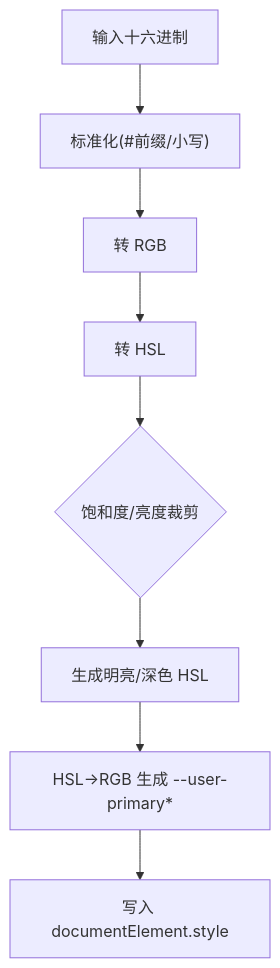
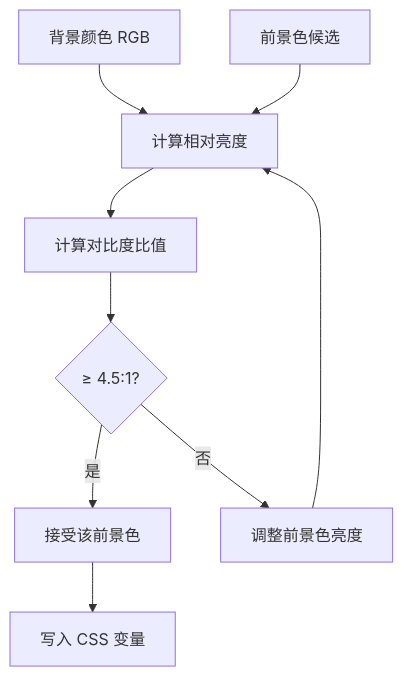
The fourth of 6 diagrams in .qoder/repowiki/zh/content/前端开发/UI组件库/主题系统.md (xixixiaoyu/Todo), drawn with Mermaid before and after one commit. The commit also changed other lines of this file and 3 other files, not shown here.

````diff
--- a/.qoder/repowiki/zh/content/前端开发/UI组件库/主题系统.md
+++ b/.qoder/repowiki/zh/content/前端开发/UI组件库/主题系统.md
@@ -159,10 +180,11 @@
 ```mermaid
 flowchart TD
-A["输入十六进制"] --> B["标准化(#前缀/小写)"]
-B --> C["转 RGB"]
-C --> D["转 HSL"]
-D --> E{"饱和度/亮度裁剪"}
-E --> F["生成明亮/深色 HSL"]
-F --> G["HSL->RGB 生成 --user-primary*"]
-G --> H["写入 documentElement.style"]
+BG["背景颜色 RGB"] --> LUM["计算相对亮度"]
+FG["前景色候选"] --> LUM
+LUM --> CONTRAST["计算对比度比值"]
+CONTRAST --> THRESHOLD{"≥ 4.5:1?"}
+THRESHOLD --> |是| ACCEPT["接受该前景色"]
+THRESHOLD --> |否| ADJUST["调整前景色亮度"]
+ADJUST --> LUM
+ACCEPT --> WRITE["写入 CSS 变量"]
 ```
````
